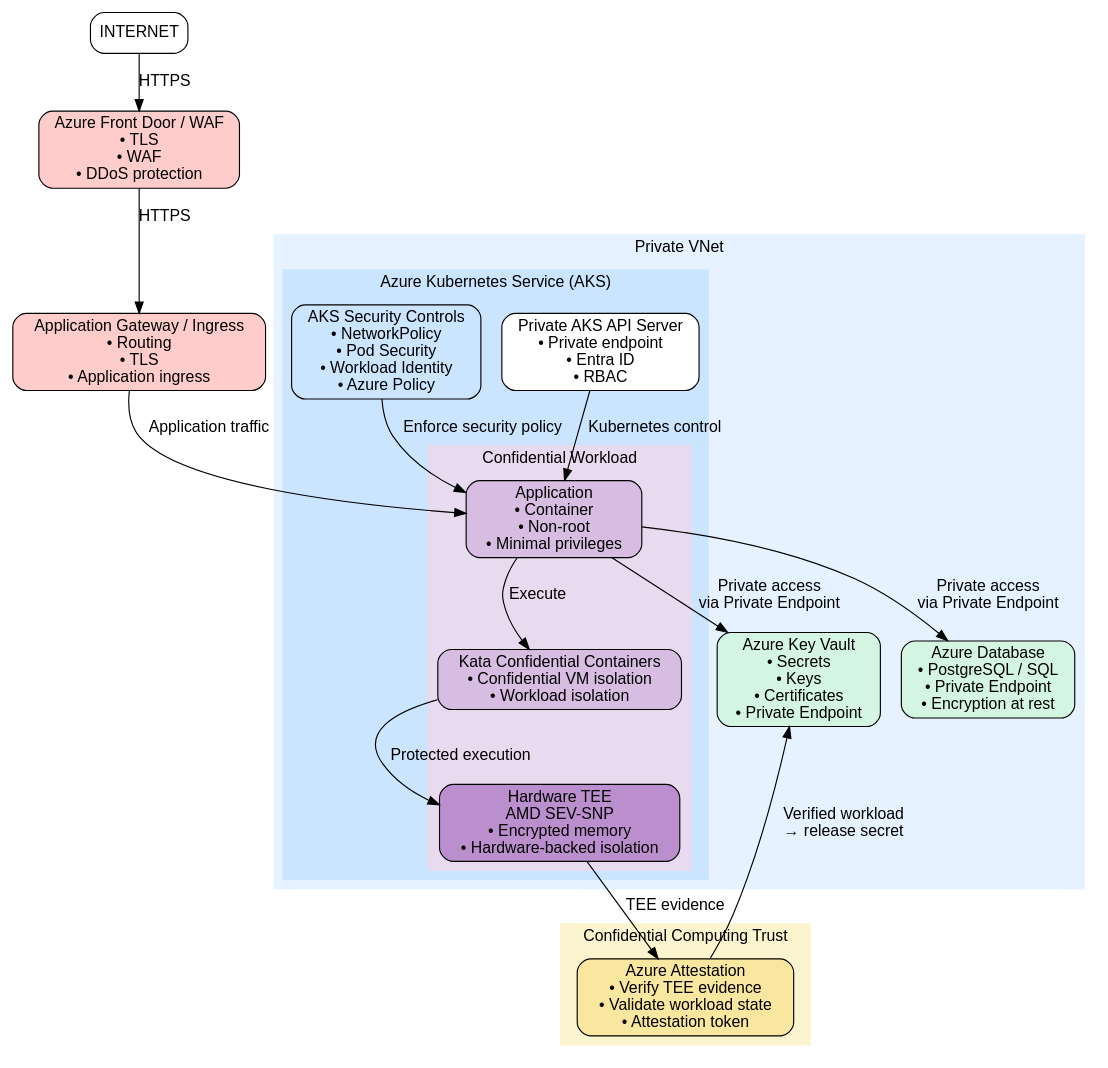
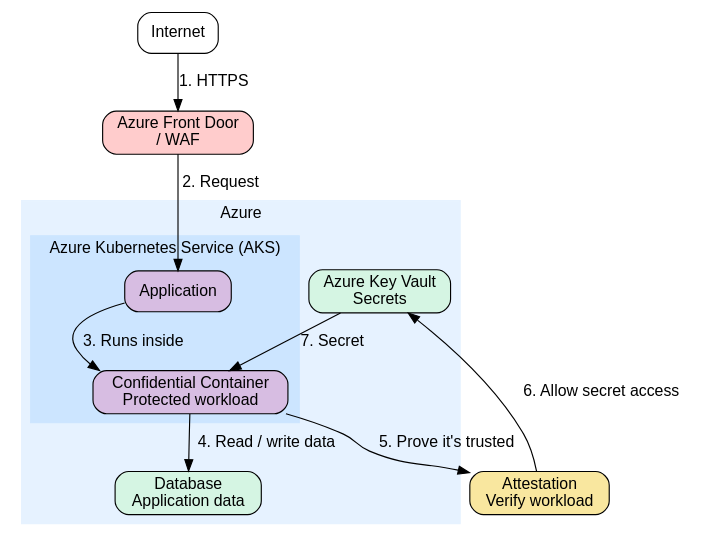
One commit to prevLanky/prevLanky.github.io changed the first of 3 diagrams in docs/source/cybersecurity/platforms/microsoft/services/azure/compute/containers/azure_kub_service/azure_kub_service.md. Above: the diagram before and after it, drawn with Graphviz. The commit also changed other lines of this file, not shown here.

Commit message:
diasdasd

````diff
--- a/docs/source/cybersecurity/platforms/microsoft/services/azure/compute/containers/azure_kub_service/azure_kub_service.md
+++ b/docs/source/cybersecurity/platforms/microsoft/services/azure/compute/containers/azure_kub_service/azure_kub_service.md
@@ -10,5 +10,5 @@
 ```{graphviz}
-:caption: AKS Confidential Containers – Secure Azure Architecture
+:caption: Simple AKS Confidential Container High-Level Architecture
 :align: center
 
 digraph architecture {
@@ -19,111 +19,58 @@
     edge [fontname="Helvetica"]
 
     /* =======================
-       INTERNET / EDGE
+       INTERNET
        ======================= */
 
-    internet [label="INTERNET", fillcolor="#FFFFFF"]
+    internet [label="Internet", fillcolor="#FFFFFF"]
 
-    frontdoor [label="Azure Front Door / WAF\n• TLS\n• WAF\n• DDoS protection", fillcolor="#FFCCCC"]
-
-    appgw [label="Application Gateway / Ingress\n• Routing\n• TLS\n• Application ingress", fillcolor="#FFCCCC"]
+    frontend [label="Azure Front Door\n/ WAF", fillcolor="#FFCCCC"]
 
     /* =======================
-       PRIVATE VNET
+       AZURE
        ======================= */
 
-    subgraph cluster_vnet {
-        label="Private VNet"
+    subgraph cluster_azure {
+        label="Azure"
         style="filled"
         color="#E6F2FF"
-
-        /* =======================
-           AKS
-           ======================= */
 
         subgraph cluster_aks {
             label="Azure Kubernetes Service (AKS)"
             style="filled"
             color="#CCE5FF"
 
-            api [label="Private AKS API Server\n• Private endpoint\n• Entra ID\n• RBAC", fillcolor="#FFFFFF"]
+            app [label="Application", fillcolor="#D7BDE2"]
 
-            subgraph cluster_confidential {
-                label="Confidential Workload"
-                style="filled"
-                color="#E8DAEF"
-
-                application [label="Application\n• Container\n• Non-root\n• Minimal privileges", fillcolor="#D7BDE2"]
-
-                kata [label="Kata Confidential Containers\n• Confidential VM isolation\n• Workload isolation", fillcolor="#D7BDE2"]
-
-                tee [label="Hardware TEE\nAMD SEV-SNP\n• Encrypted memory\n• Hardware-backed isolation", fillcolor="#BB8FCE"]
-            }
-
-            controls [label="AKS Security Controls\n• NetworkPolicy\n• Pod Security\n• Workload Identity\n• Azure Policy", fillcolor="#CCE5FF"]
+            confidential [label="Confidential Container\nProtected workload", fillcolor="#D7BDE2"]
         }
 
-        /* =======================
-           DATA SERVICES
-           ======================= */
+        keyvault [label="Azure Key Vault\nSecrets", fillcolor="#D5F5E3"]
 
-        keyvault [label="Azure Key Vault\n• Secrets\n• Keys\n• Certificates\n• Private Endpoint", fillcolor="#D5F5E3"]
-
-        database [label="Azure Database\n• PostgreSQL / SQL\n• Private Endpoint\n• Encryption at rest", fillcolor="#D5F5E3"]
+        database [label="Database\nApplication data", fillcolor="#D5F5E3"]
     }
 
     /* =======================
-       ATTESTATION
+       TRUST
        ======================= */
 
-    subgraph cluster_attestation {
-        label="Confidential Computing Trust"
-        style="filled"
-        color="#FCF3CF"
-
-        attestation [label="Azure Attestation\n• Verify TEE evidence\n• Validate workload state\n• Attestation token", fillcolor="#F9E79F"]
-    }
+    attestation [label="Attestation\nVerify workload", fillcolor="#F9E79F"]
 
     /* =======================
-       INGRESS FLOW
+       FLOWS
        ======================= */
 
-    internet -> frontdoor [label="HTTPS"]
-    frontdoor -> appgw [label="HTTPS"]
-    appgw -> application [label="Application traffic"]
+    internet -> frontend [label="1. HTTPS"]
+    frontend -> app [label="2. Request"]
 
-    /* =======================
-       AKS INTERNAL FLOW
-       ======================= */
+    app -> confidential [label="3. Runs inside"]
 
-    application -> kata [label="Execute"]
-    kata -> tee [label="Protected execution"]
+    confidential -> database [label="4. Read / write data"]
 
-    /* =======================
-       AKS CONTROL PLANE
-       ======================= */
+    confidential -> attestation [label="5. Prove it's trusted"]
 
-    api -> application [label="Kubernetes control"]
+    attestation -> keyvault [label="6. Allow secret access"]
 
-    /* =======================
-       SECURITY CONTROLS
-       ======================= */
-
-    controls -> application [label="Enforce security policy"]
-
-    /* =======================
-       DATA ACCESS
-       ======================= */
-
-    application -> keyvault [label="Private access\nvia Private Endpoint"]
-    application -> database [label="Private access\nvia Private Endpoint"]
-
-    /* =======================
-       ATTESTATION / SECRET RELEASE
-       ======================= */
-
-    tee -> attestation [label="TEE evidence"]
-    attestation -> keyvault [label="Verified workload\n→ release secret"]
-
+    keyvault -> confidential [label="7. Secret"]
 }
 ```
````
